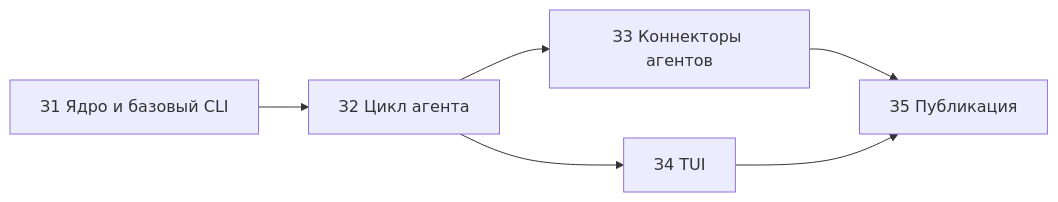
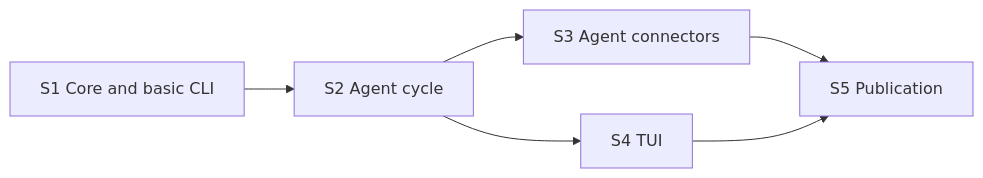
Before and after one commit to daniil4545/tix: the diagram in docs/backlog.md, drawn with Mermaid. The commit also changed other lines of this file and 12 other files, not shown here.

First line of the commit message:
docs: translate spec, decisions, architecture and project docs to English

````diff
--- a/docs/backlog.md
+++ b/docs/backlog.md
@@ -7,8 +7,8 @@
 ```mermaid
 flowchart LR
-  t1["З1 Ядро и базовый CLI"] --> t2["З2 Цикл агента"]
-  t2 --> t3["З3 Коннекторы агентов"]
-  t2 --> t4["З4 TUI"]
-  t3 --> t5["З5 Публикация"]
+  t1["S1 Core and basic CLI"] --> t2["S2 Agent cycle"]
+  t2 --> t3["S3 Agent connectors"]
+  t2 --> t4["S4 TUI"]
+  t3 --> t5["S5 Publication"]
   t4 --> t5
 ```
````
